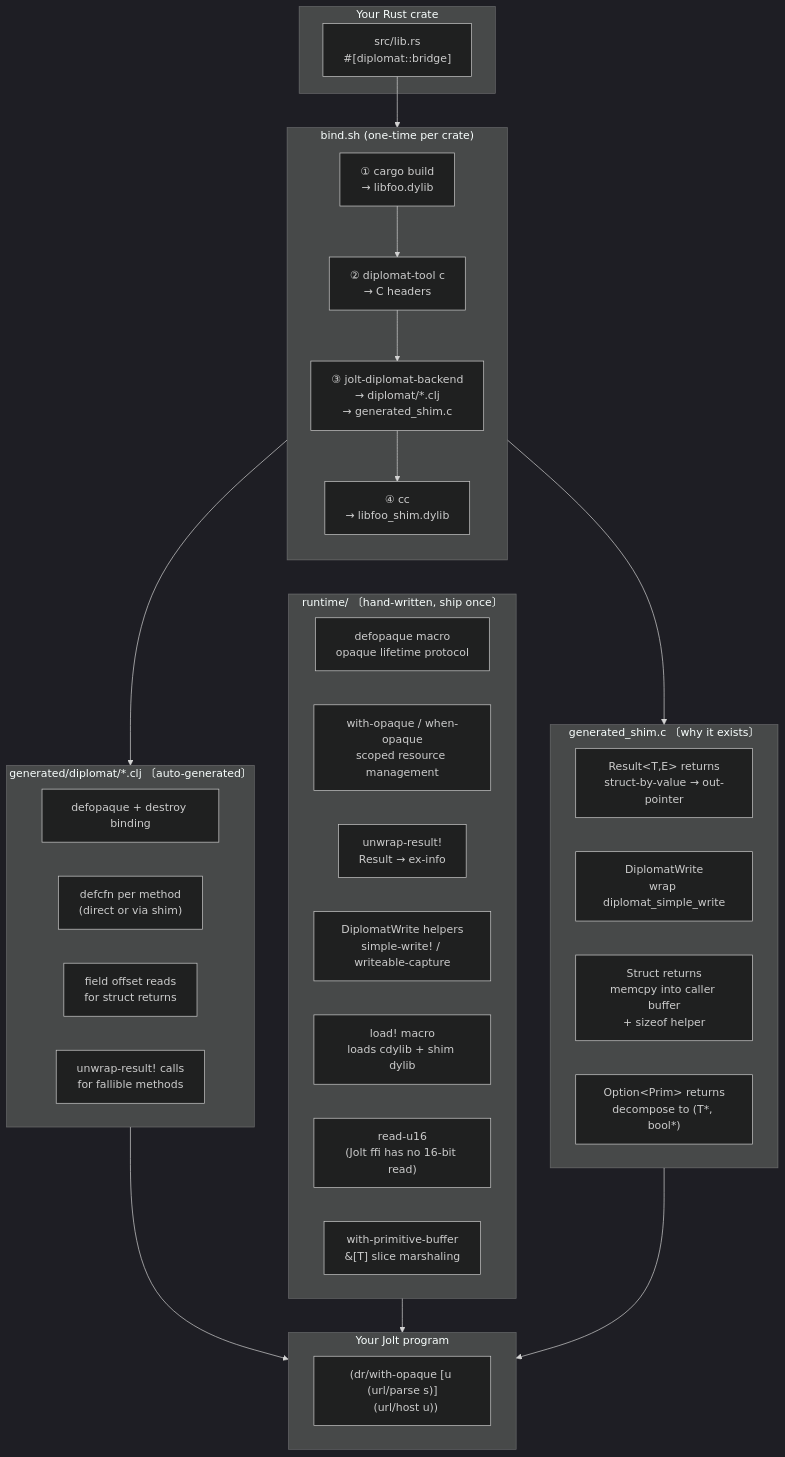
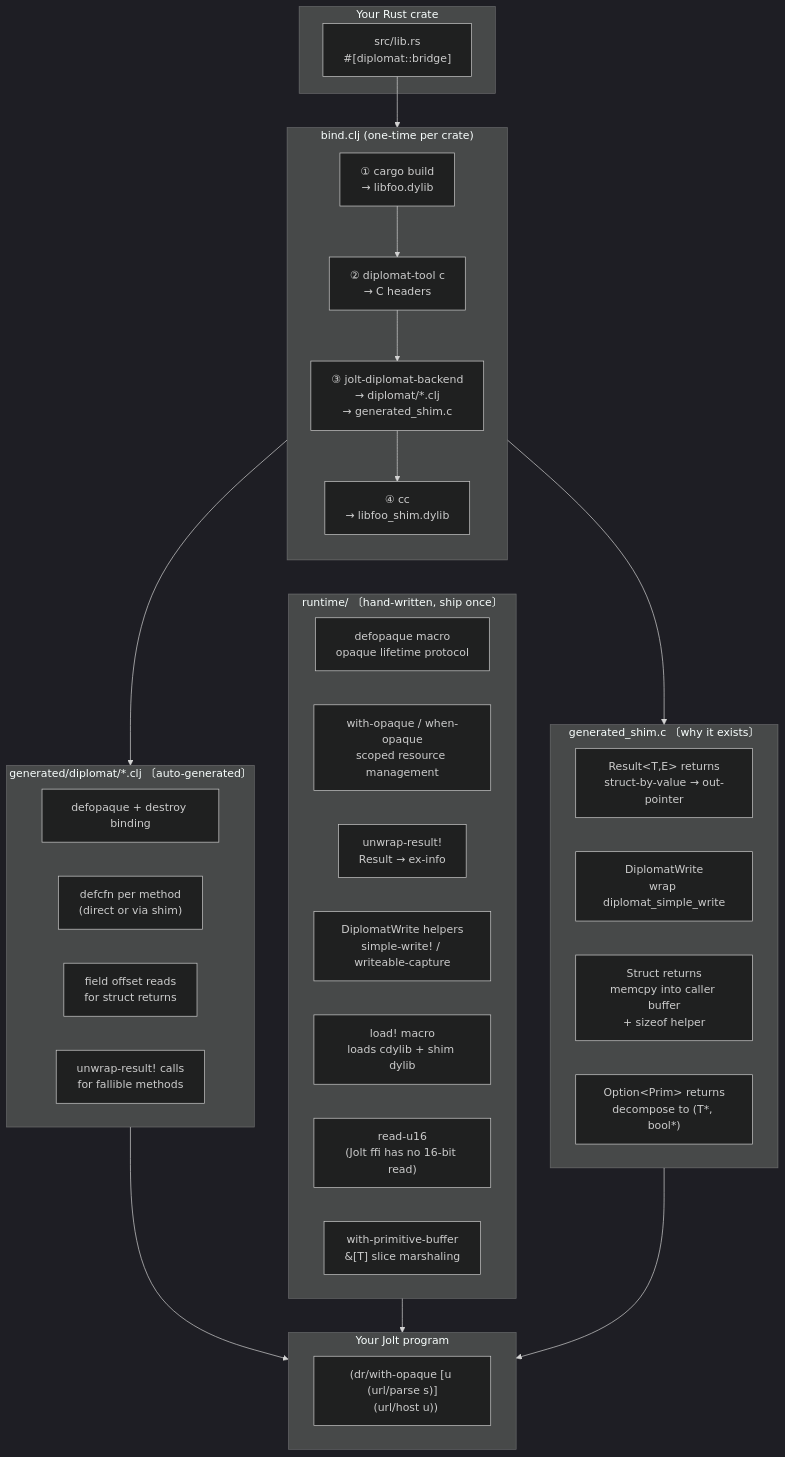
One commit to jolt-lang/jolt-diplomat changed the diagram in README.md. Above: the diagram before and after it, drawn with Mermaid (dark theme). The commit also changed other lines of this file, not shown here.

First line of the commit message:
docs: update all bind.sh references to bind.clj

````diff
--- a/README.md
+++ b/README.md
@@ -9,50 +9,50 @@
 ```mermaid
 flowchart TD
     subgraph YOUR_CRATE["Your Rust crate"]
         RS["src/lib.rs\n#[diplomat::bridge]"]
     end
 
-    subgraph BIND_SH["bind.sh  (one-time per crate)"]
+    subgraph BIND_SH["bind.clj  (one-time per crate)"]
         direction TB
         S1["① cargo build\n→ libfoo.dylib"]
         S2["② diplomat-tool c\n→ C headers"]
         S3["③ jolt-diplomat-backend\n→ diplomat/*.clj\n→ generated_shim.c"]
         S4["④ cc\n→ libfoo_shim.dylib"]
         S1 --> S2 --> S3 --> S4
     end
 
     subgraph SHIM["generated_shim.c  〔why it exists〕"]
         SH1["Result&lt;T,E&gt; returns\nstruct-by-value → out-pointer"]
         SH2["DiplomatWrite\nwrap diplomat_simple_write"]
         SH3["Struct returns\nmemcpy into caller buffer\n+ sizeof helper"]
         SH4["Option&lt;Prim&gt; returns\ndecompose to (T*, bool*)"]
     end
 
     subgraph GENERATED["generated/diplomat/*.clj  〔auto-generated〕"]
         G1["defopaque + destroy binding"]
         G2["defcfn per method\n(direct or via shim)"]
         G3["field offset reads\nfor struct returns"]
         G4["unwrap-result! calls\nfor fallible methods"]
     end
 
     subgraph RUNTIME["runtime/  〔hand-written, ship once〕"]
         R1["defopaque macro\nopaque lifetime protocol"]
         R2["with-opaque / when-opaque\nscoped resource management"]
         R3["unwrap-result!\nResult → ex-info"]
         R4["DiplomatWrite helpers\nsimple-write! / writeable-capture"]
         R5["load! macro\nloads cdylib + shim dylib"]
         R6["read-u16\n(Jolt ffi has no 16-bit read)"]
         R7["with-primitive-buffer\n&[T] slice marshaling"]
     end
 
     subgraph JOLT["Your Jolt program"]
         J["(dr/with-opaque [u (url/parse s)]\n  (url/host u))"]
     end
 
     RS --> BIND_SH
     S3 --> SHIM
     S3 --> GENERATED
     GENERATED --> JOLT
     RUNTIME --> JOLT
     SHIM --> JOLT
 ```
````
